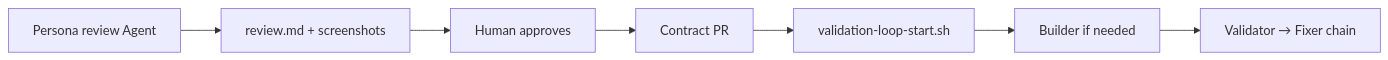
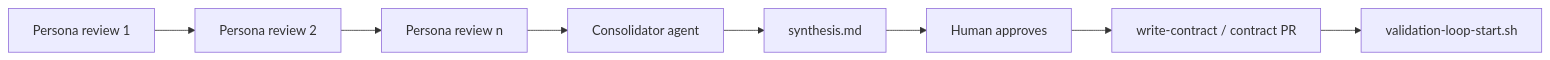
One commit to kenpoon555/rally changed the diagram in .cursor/workflows/product-review.md. Above: the diagram before and after it, drawn with Mermaid. The commit also changed other lines of this file and 12 other files, not shown here.

First line of the commit message:
Expand product review personas, consolidator agent, cost in contracts, layers doc.

````diff
--- a/.cursor/workflows/product-review.md
+++ b/.cursor/workflows/product-review.md
@@ -9,9 +10,10 @@
 ```mermaid
 flowchart LR
-  P[Persona review Agent] --> R[review.md + screenshots]
-  R --> H[Human approves]
-  H --> C[Contract PR]
-  C --> V[validation-loop-start.sh]
-  V --> B[Builder if needed]
-  B --> Val[Validator → Fixer chain]
+  P1[Persona review 1] --> P2[Persona review 2]
+  P2 --> Pn[Persona review n]
+  Pn --> C[Consolidator agent]
+  C --> S[synthesis.md]
+  S --> H[Human approves]
+  H --> WC[write-contract / contract PR]
+  WC --> V[validation-loop-start.sh]
 ```
````
